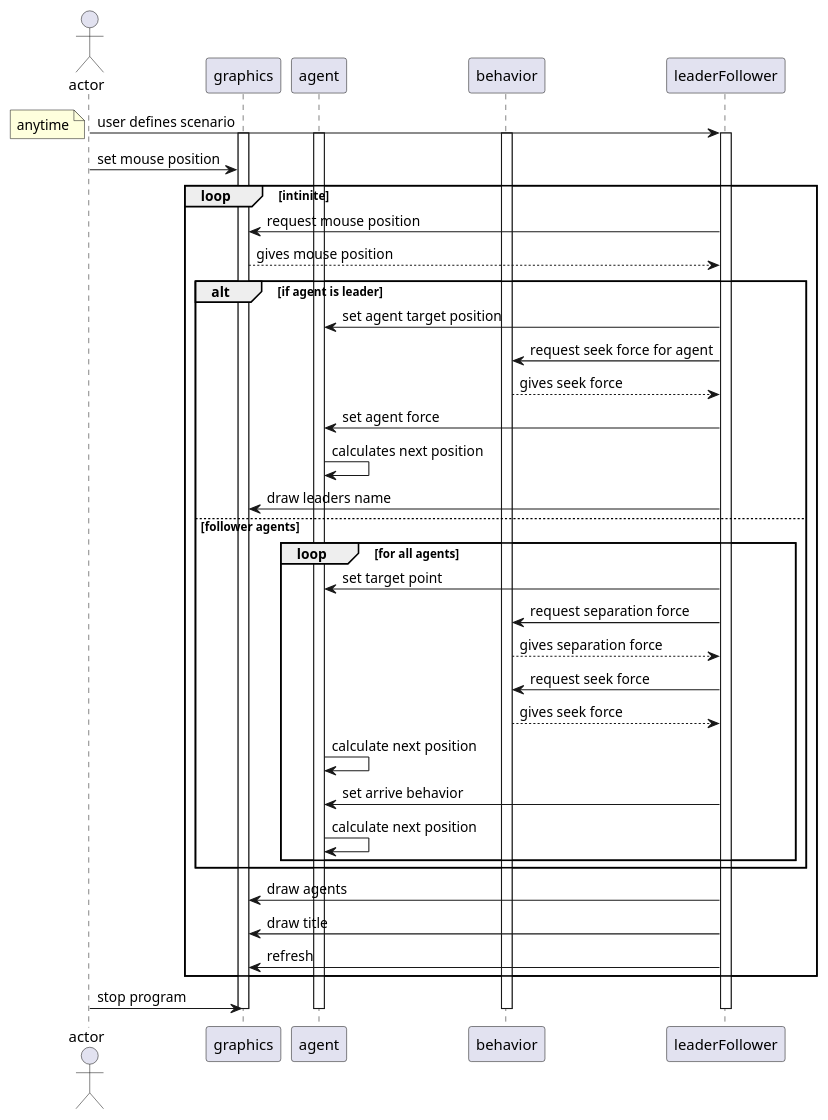
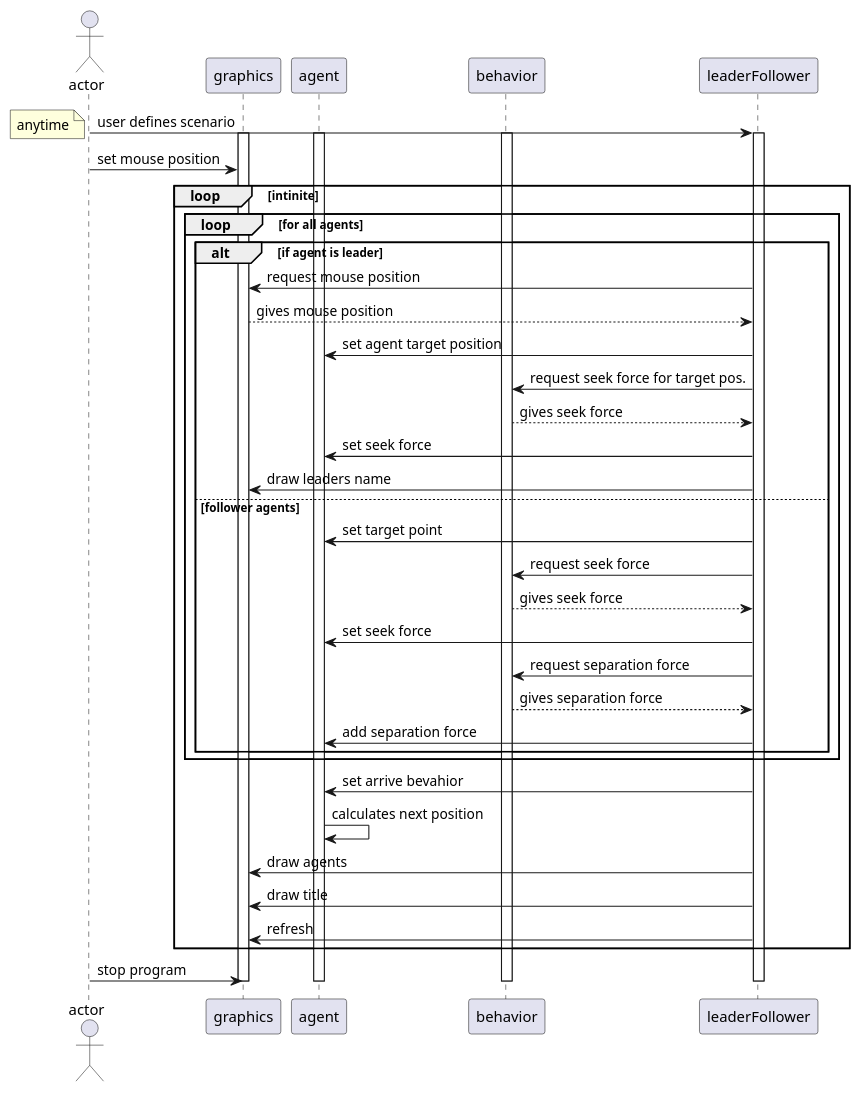
Before and after one commit to mehmetrizaoz/autonomousSteeringAgents: the diagram in docs/uml/sequence_diagram/leaderFollower.puml, drawn with PlantUML. The commit also changed 2 other files, not shown here.

Commit message:
updates in sequence diagrams

```diff
--- a/docs/uml/sequence_diagram/leaderFollower.puml
+++ b/docs/uml/sequence_diagram/leaderFollower.puml
@@ -1,47 +1,46 @@
 @startuml
 actor actor as user
 participant graphics as view
 participant agent as agent
 participant behavior as steeringBehavior
 participant leaderFollower as lF
 
 user -> lF: user defines scenario
 activate lF
 activate view
 activate agent
 activate steeringBehavior
 note left: anytime
 user -> view:  set mouse position
 loop intinite    
-    lF -> view: request mouse position    
-    view --> lF: gives mouse position        
-    
-    alt if agent is leader
-        lF -> agent: set agent target position
-        lF -> steeringBehavior: request seek force for agent        
-        steeringBehavior --> lF: gives seek force
-        lF -> agent: set agent force
-        agent -> agent: calculates next position
-        lF -> view: draw leaders name
-    else follower agents
-        loop for all agents 
-        lF -> agent: set target point
-        lF ->steeringBehavior: request separation force
-        steeringBehavior --> lF: gives separation force
-        lF ->steeringBehavior: request seek force
-        steeringBehavior --> lF: gives seek force
-        agent -> agent: calculate next position
-        lF -> agent: set arrive behavior
-        agent -> agent: calculate next position
+    loop for all agents    
+        alt if agent is leader
+            lF -> view: request mouse position    
+            view --> lF: gives mouse position        
+            lF -> agent: set agent target position
+            lF -> steeringBehavior: request seek force for target pos.
+            steeringBehavior --> lF: gives seek force
+            lF -> agent: set seek force            
+            lF -> view: draw leaders name
+        else follower agents        
+            lF -> agent: set target point 
+            lF ->steeringBehavior: request seek force
+            steeringBehavior --> lF: gives seek force
+            lF ->agent: set seek force    
+            lF ->steeringBehavior: request separation force
+            steeringBehavior --> lF: gives separation force
+            lF ->agent: add separation force            
         end
     end
+    lF -> agent:set arrive bevahior
+    agent -> agent: calculates next position
     lF -> view: draw agents
     lF -> view: draw title
     lF -> view: refresh
 end
 user -> view: stop program
 deactivate lF
 deactivate view
 deactivate agent
 deactivate steeringBehavior
 @enduml
```
